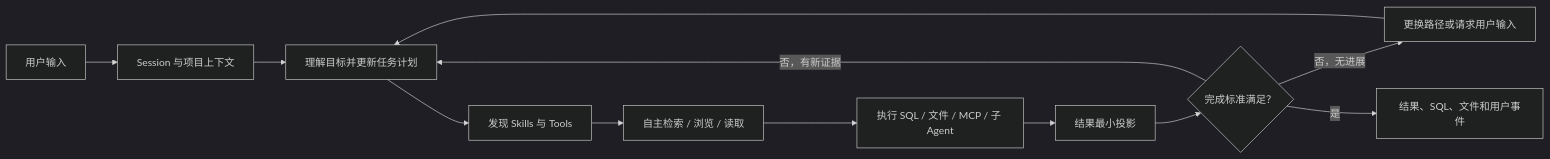
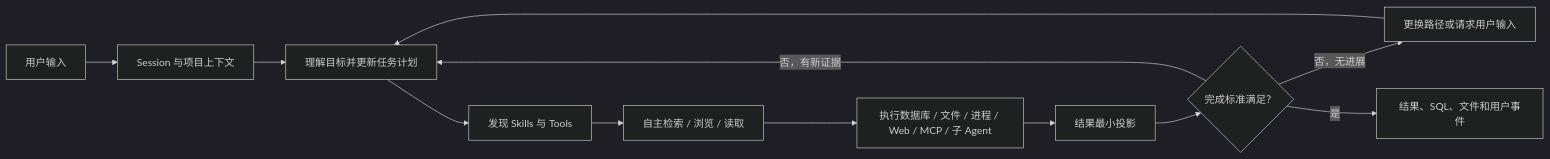
Before and after one commit to SylvanasW1ndrunner/Nexus: the diagram in docs/agent/README.md, drawn with Mermaid (dark theme). The commit also changed other lines of this file and 122 other files, not shown here.

````diff
--- a/docs/agent/README.md
+++ b/docs/agent/README.md
@@ -21,14 +22,14 @@
 ```mermaid
 flowchart LR
     Input["用户输入"] --> Session["Session 与项目上下文"]
     Session --> Goal["理解目标并更新任务计划"]
     Goal --> Discover["发现 Skills 与 Tools"]
     Discover --> Explore["自主检索 / 浏览 / 读取"]
-    Explore --> Act["执行 SQL / 文件 / MCP / 子 Agent"]
+    Explore --> Act["执行数据库 / 文件 / 进程 / Web / MCP / 子 Agent"]
     Act --> Project["结果最小投影"]
     Project --> Verify{"完成标准满足？"}
     Verify -->|否，有新证据| Goal
     Verify -->|否，无进展| Replan["更换路径或请求用户输入"]
     Replan --> Goal
     Verify -->|是| Output["结果、SQL、文件和用户事件"]
 ```
````
